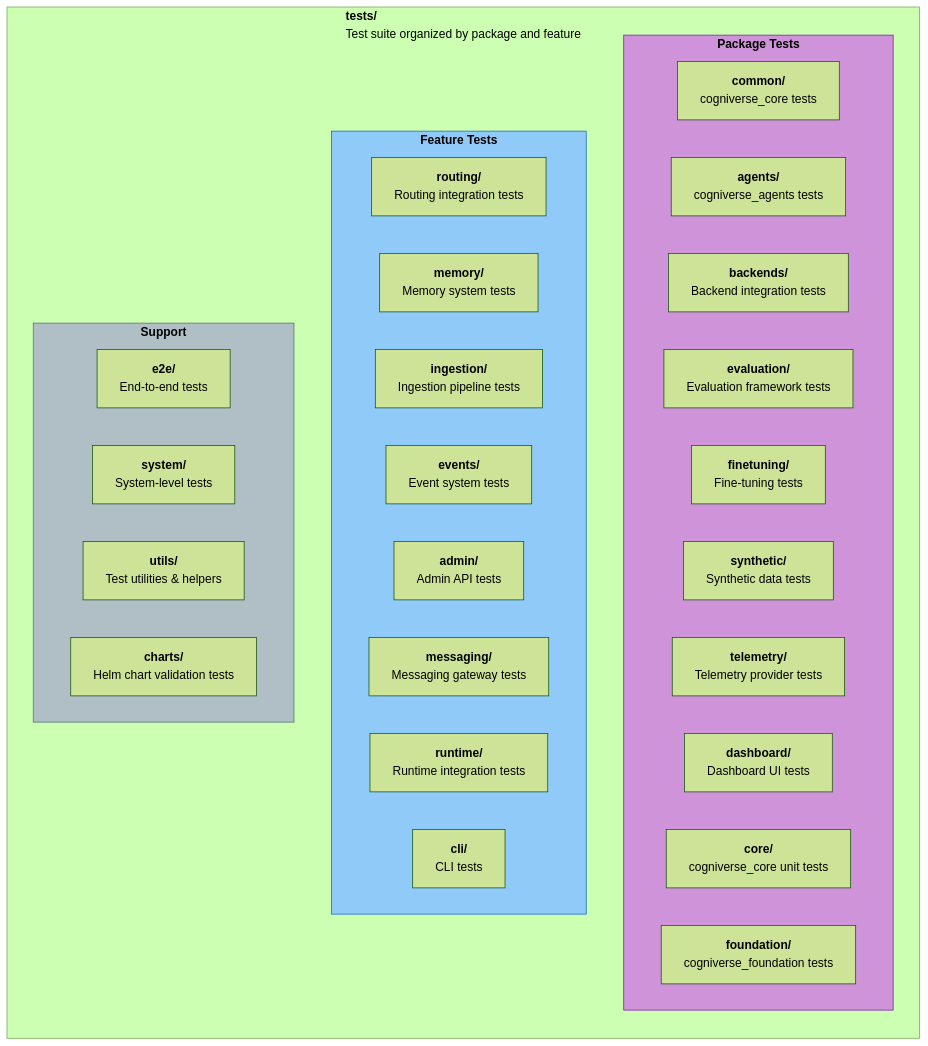
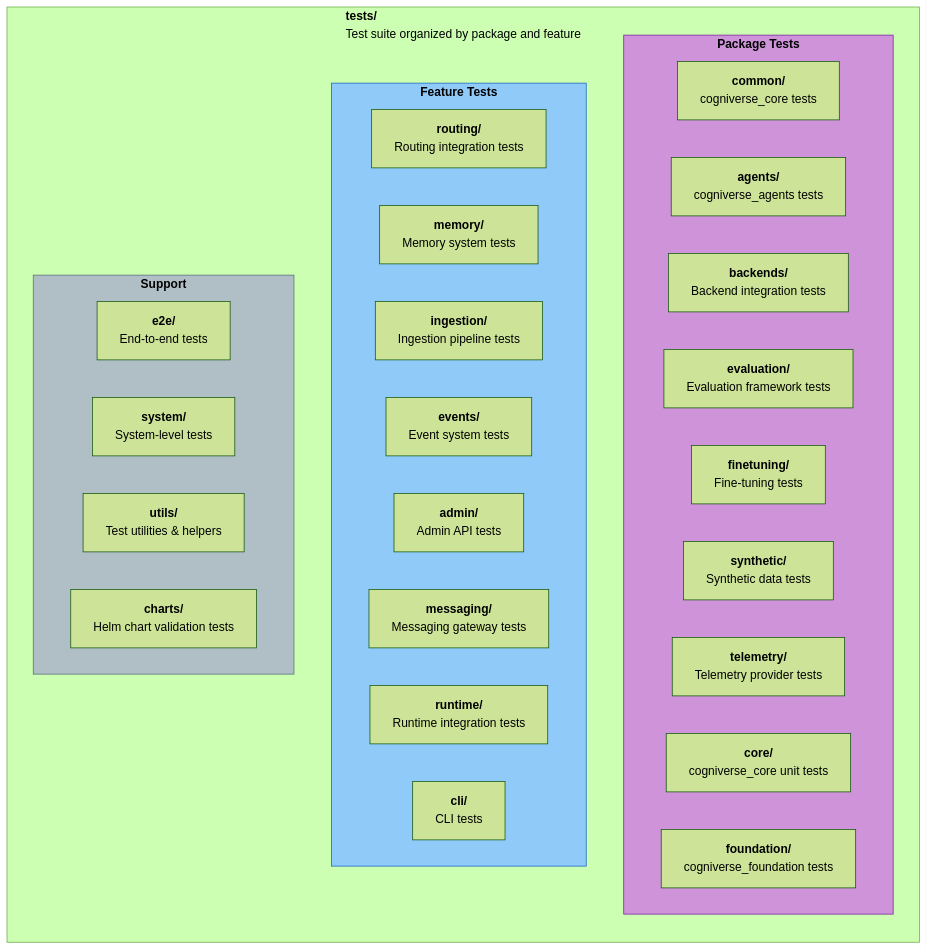
The fifth of 5 diagrams in docs/DEVELOPER_GUIDE.md (amit-jain/cogniverse), drawn with Mermaid (forest theme) before and after one commit. The commit also changed other lines of this file and 241 other files, not shown here.

````diff
--- a/docs/DEVELOPER_GUIDE.md
+++ b/docs/DEVELOPER_GUIDE.md
@@ -745,42 +739,41 @@
 ```mermaid
 flowchart TB
     subgraph TESTS["<span style='color:#000'><b>tests/</b><br/>Test suite organized by package and feature</span>"]
         direction TB
 
         subgraph PKG_TESTS["<span style='color:#000'><b>Package Tests</b></span>"]
             test_common["<span style='color:#000'><b>common/</b><br/>cogniverse_core tests</span>"]
             test_agents["<span style='color:#000'><b>agents/</b><br/>cogniverse_agents tests</span>"]
             test_backends["<span style='color:#000'><b>backends/</b><br/>Backend integration tests</span>"]
             test_evaluation["<span style='color:#000'><b>evaluation/</b><br/>Evaluation framework tests</span>"]
             test_finetuning["<span style='color:#000'><b>finetuning/</b><br/>Fine-tuning tests</span>"]
             test_synthetic["<span style='color:#000'><b>synthetic/</b><br/>Synthetic data tests</span>"]
             test_telemetry["<span style='color:#000'><b>telemetry/</b><br/>Telemetry provider tests</span>"]
-            test_dashboard["<span style='color:#000'><b>dashboard/</b><br/>Dashboard UI tests</span>"]
             test_core["<span style='color:#000'><b>core/</b><br/>cogniverse_core unit tests</span>"]
             test_foundation["<span style='color:#000'><b>foundation/</b><br/>cogniverse_foundation tests</span>"]
         end
 
         subgraph FEATURE_TESTS["<span style='color:#000'><b>Feature Tests</b></span>"]
             test_routing["<span style='color:#000'><b>routing/</b><br/>Routing integration tests</span>"]
             test_memory["<span style='color:#000'><b>memory/</b><br/>Memory system tests</span>"]
             test_ingestion["<span style='color:#000'><b>ingestion/</b><br/>Ingestion pipeline tests</span>"]
             test_events["<span style='color:#000'><b>events/</b><br/>Event system tests</span>"]
             test_admin["<span style='color:#000'><b>admin/</b><br/>Admin API tests</span>"]
             test_messaging["<span style='color:#000'><b>messaging/</b><br/>Messaging gateway tests</span>"]
             test_runtime["<span style='color:#000'><b>runtime/</b><br/>Runtime integration tests</span>"]
             test_cli["<span style='color:#000'><b>cli/</b><br/>CLI tests</span>"]
         end
 
         subgraph SUPPORT_TESTS["<span style='color:#000'><b>Support</b></span>"]
             test_e2e["<span style='color:#000'><b>e2e/</b><br/>End-to-end tests</span>"]
             test_system["<span style='color:#000'><b>system/</b><br/>System-level tests</span>"]
             test_utils["<span style='color:#000'><b>utils/</b><br/>Test utilities & helpers</span>"]
             test_charts["<span style='color:#000'><b>charts/</b><br/>Helm chart validation tests</span>"]
         end
     end
 
     %% Styling
     style PKG_TESTS fill:#ce93d8,stroke:#7b1fa2,color:#000
     style FEATURE_TESTS fill:#90caf9,stroke:#1565c0,color:#000
     style SUPPORT_TESTS fill:#b0bec5,stroke:#546e7a,color:#000
 ```
````
